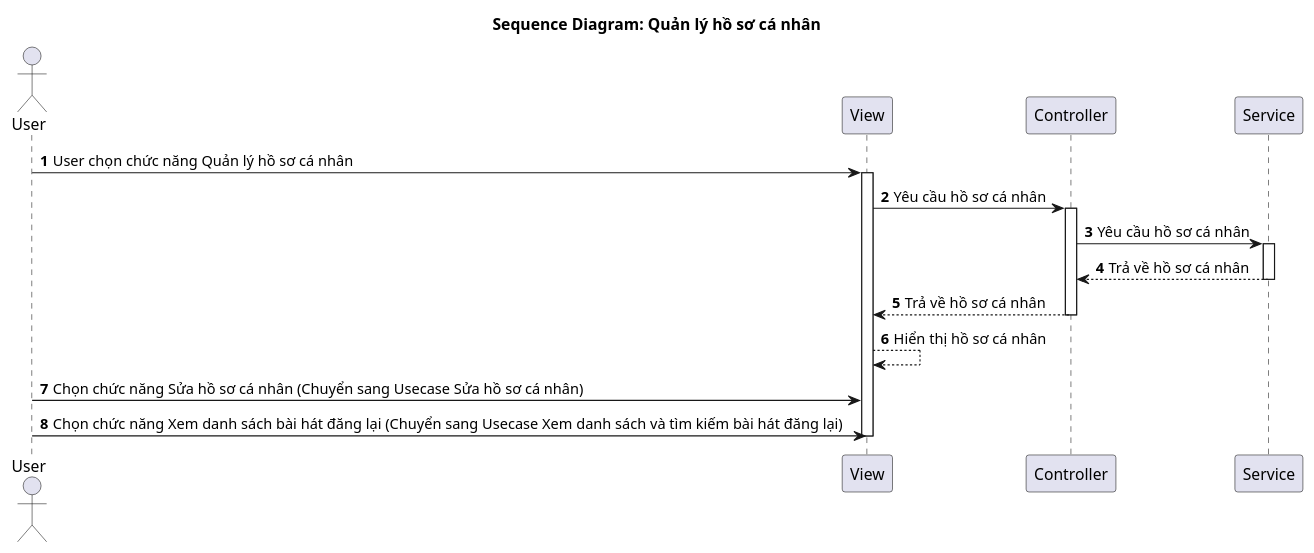
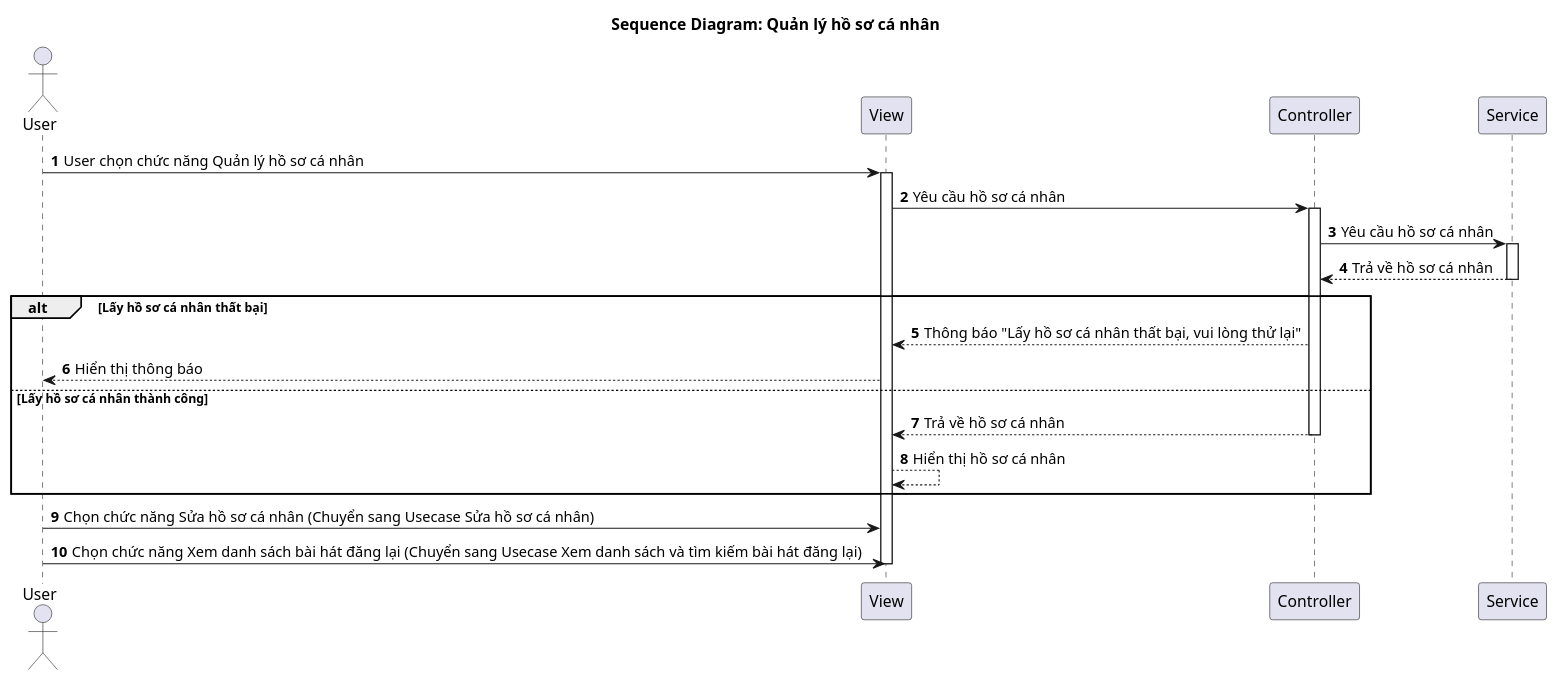
The diagram in Diagrams/SequenceDiagram/ManageProfileSD.plantuml (vinh047/soundwave), drawn with PlantUML before and after one commit. The commit also changed 29 other files, not shown here.

```diff
--- a/Diagrams/SequenceDiagram/ManageProfileSD.plantuml
+++ b/Diagrams/SequenceDiagram/ManageProfileSD.plantuml
@@ -1,28 +1,33 @@
 @startuml SD
 
 actor "User" as User
 participant "View" as View
 participant "Controller" as Controller
 participant "Service" as Service
 
 title Sequence Diagram: Quản lý hồ sơ cá nhân
 
 autonumber
 
 User -> View: User chọn chức năng Quản lý hồ sơ cá nhân
 activate View
 View -> Controller: Yêu cầu hồ sơ cá nhân
 activate Controller
 Controller -> Service: Yêu cầu hồ sơ cá nhân
 activate Service
 Service --> Controller: Trả về hồ sơ cá nhân
 deactivate Service
-Controller --> View: Trả về hồ sơ cá nhân
-deactivate Controller
-View --> View: Hiển thị hồ sơ cá nhân
+alt Lấy hồ sơ cá nhân thất bại
+    Controller --> View: Thông báo "Lấy hồ sơ cá nhân thất bại, vui lòng thử lại"
+    View --> User: Hiển thị thông báo
+else Lấy hồ sơ cá nhân thành công
+    Controller --> View: Trả về hồ sơ cá nhân
+    deactivate Controller
+    View --> View: Hiển thị hồ sơ cá nhân
+end
 
 User -> View: Chọn chức năng Sửa hồ sơ cá nhân (Chuyển sang Usecase Sửa hồ sơ cá nhân)
 User -> View: Chọn chức năng Xem danh sách bài hát đăng lại (Chuyển sang Usecase Xem danh sách và tìm kiếm bài hát đăng lại)
 
 deactivate View
 @enduml
```
